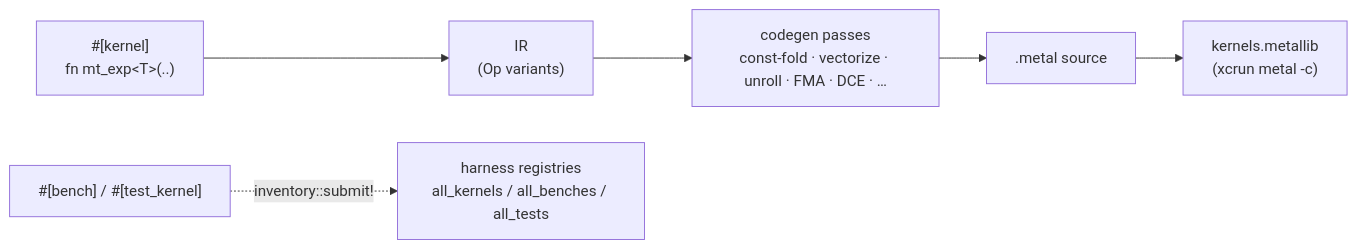
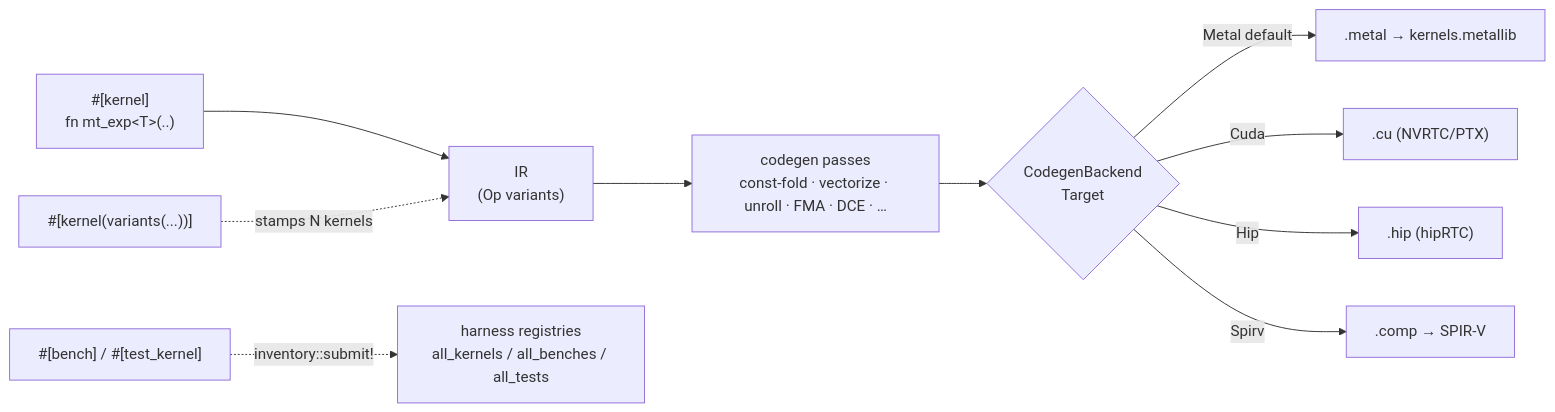
The second of 6 diagrams in docs/specs/ARCHITECTURE.md (0xClandestine/metaltile), drawn with Mermaid before and after one commit. The commit also changed other lines of this file, not shown here.

First line of the commit message:
docs(arch): update ARCHITECTURE.md to the current codebase

````diff
--- a/docs/specs/ARCHITECTURE.md
+++ b/docs/specs/ARCHITECTURE.md
@@ -62,8 +65,12 @@
 ```mermaid
 flowchart LR
     K["#[kernel]<br/>fn mt_exp&lt;T&gt;(..)"] --> IR["IR<br/>(Op variants)"]
+    V["#[kernel(variants(...))]"] -. "stamps N kernels" .-> IR
     IR --> Passes["codegen passes<br/>const-fold · vectorize · unroll · FMA · DCE · …"]
-    Passes --> MSL[".metal source"]
-    MSL --> Lib["kernels.metallib<br/>(xcrun metal -c)"]
+    Passes --> Backend{CodegenBackend<br/>Target}
+    Backend -->|Metal default| MSL[".metal → kernels.metallib"]
+    Backend -->|Cuda| CU[".cu (NVRTC/PTX)"]
+    Backend -->|Hip| HIP[".hip (hipRTC)"]
+    Backend -->|Spirv| SPV[".comp → SPIR-V"]
     B["#[bench] / #[test_kernel]"] -. "inventory::submit!" .-> Reg["harness registries<br/>all_kernels / all_benches / all_tests"]
 ```
````
